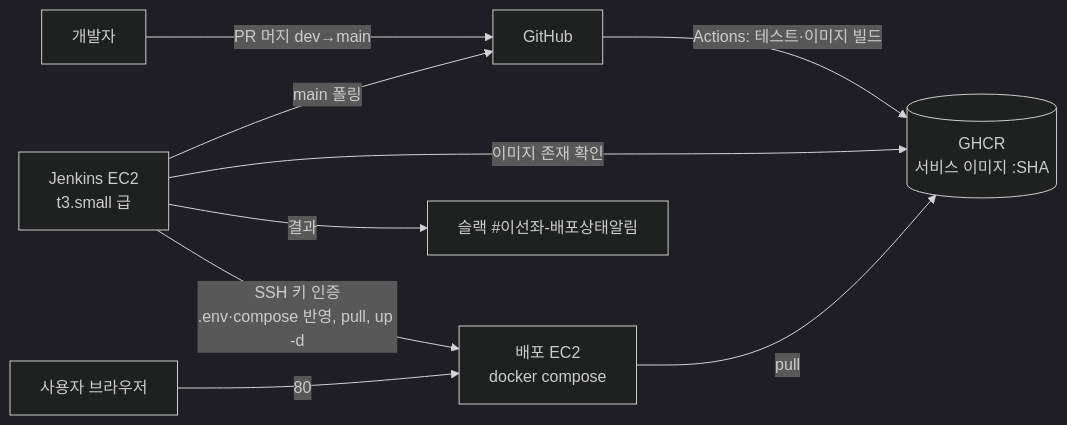
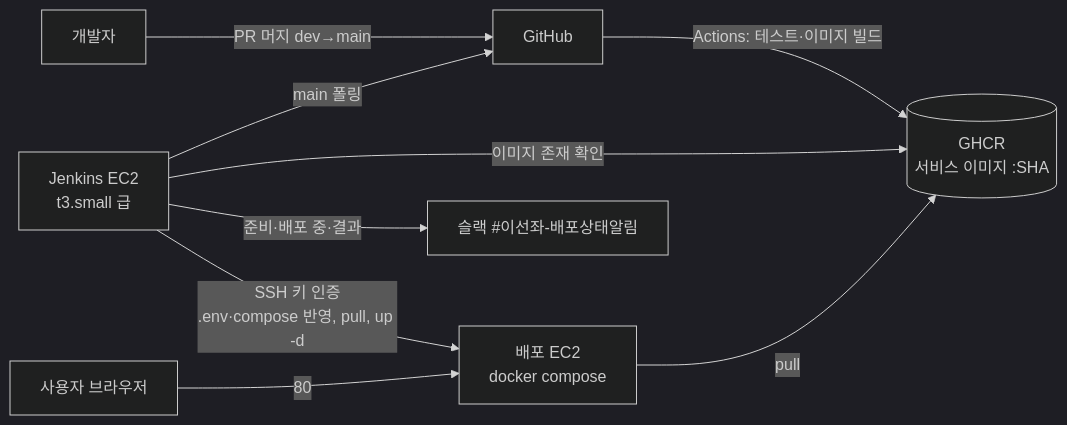
The diagram in docs/design/infra/deployment.md (iseonjwa/high-quality-ticketing-system), drawn with Mermaid (dark theme) before and after one commit. The commit also changed other lines of this file and 2 other files, not shown here.

````diff
--- a/docs/design/infra/deployment.md
+++ b/docs/design/infra/deployment.md
@@ -9,11 +9,11 @@
 ```mermaid
 flowchart LR
   DEV[개발자] -->|PR 머지 dev→main| GH[GitHub]
   GH -->|Actions: 테스트·이미지 빌드| GHCR[(GHCR<br/>서비스 이미지 :SHA)]
   JK[Jenkins EC2<br/>t3.small 급] -->|main 폴링| GH
   JK -->|이미지 존재 확인| GHCR
   JK -->|SSH 키 인증<br/>.env·compose 반영, pull, up -d| DEPLOY[배포 EC2<br/>docker compose]
   DEPLOY -->|pull| GHCR
-  JK -->|결과| SL[슬랙 #이선좌-배포상태알림]
+  JK -->|준비·배포 중·결과| SL[슬랙 #이선좌-배포상태알림]
   USER[사용자 브라우저] -->|80| DEPLOY
 ```
````
